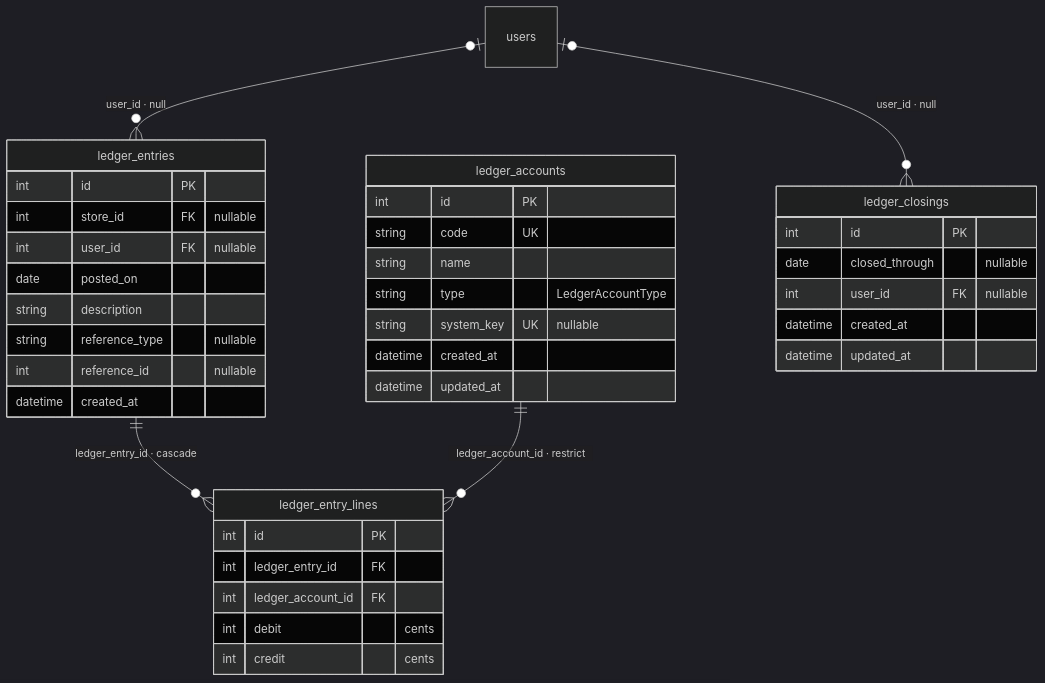
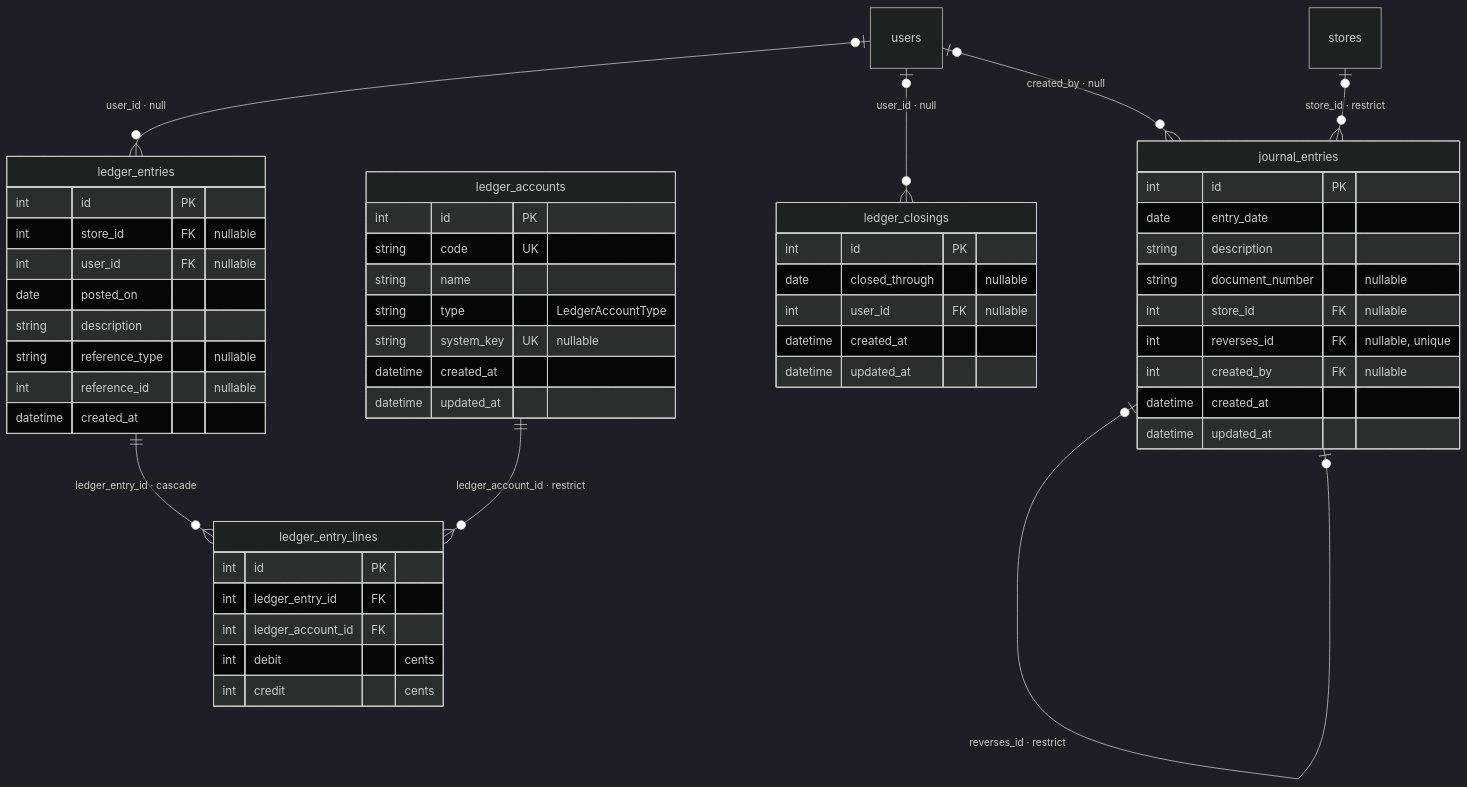
The sixth of 10 diagrams in dkor/docs/data-model.md (sebastienmarley/dkorpos), drawn with Mermaid (dark theme) before and after one commit. The commit also changed other lines of this file and 18 other files, not shown here.

````diff
--- a/dkor/docs/data-model.md
+++ b/dkor/docs/data-model.md
@@ -967,40 +970,54 @@
 ```mermaid
 erDiagram
     ledger_entries ||--o{ ledger_entry_lines : "ledger_entry_id · cascade"
     ledger_accounts ||--o{ ledger_entry_lines : "ledger_account_id · restrict"
     users |o--o{ ledger_entries : "user_id · null"
     users |o--o{ ledger_closings : "user_id · null"
+    journal_entries |o--o| journal_entries : "reverses_id · restrict"
+    stores |o--o{ journal_entries : "store_id · restrict"
+    users |o--o{ journal_entries : "created_by · null"
     ledger_accounts {
         int id PK
         string code UK
         string name
         string type "LedgerAccountType"
         string system_key UK "nullable"
+        datetime created_at
+        datetime updated_at
+    }
+    journal_entries {
+        int id PK
+        date entry_date
+        string description
+        string document_number "nullable"
+        int store_id FK "nullable"
+        int reverses_id FK "nullable, unique"
+        int created_by FK "nullable"
         datetime created_at
         datetime updated_at
     }
     ledger_closings {
         int id PK
         date closed_through "nullable"
         int user_id FK "nullable"
         datetime created_at
         datetime updated_at
     }
     ledger_entries {
         int id PK
         int store_id FK "nullable"
         int user_id FK "nullable"
         date posted_on
         string description
         string reference_type "nullable"
         int reference_id "nullable"
         datetime created_at
     }
     ledger_entry_lines {
         int id PK
         int ledger_entry_id FK
         int ledger_account_id FK
         int debit "cents"
         int credit "cents"
     }
 ```
````
